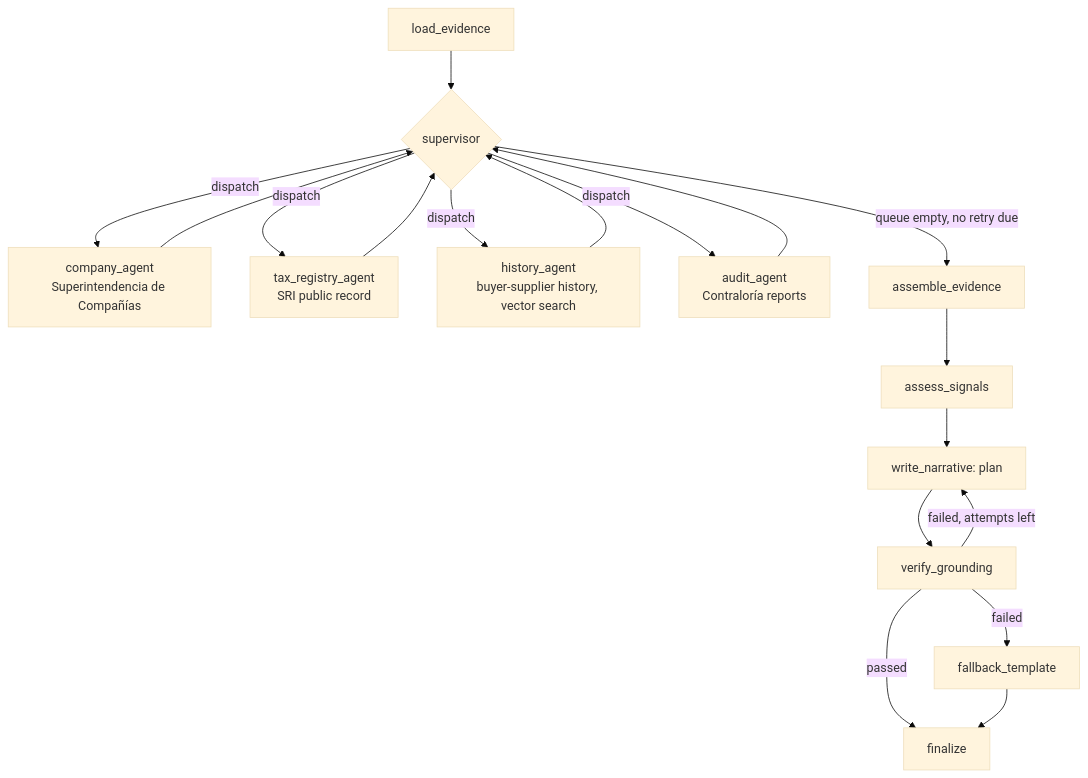
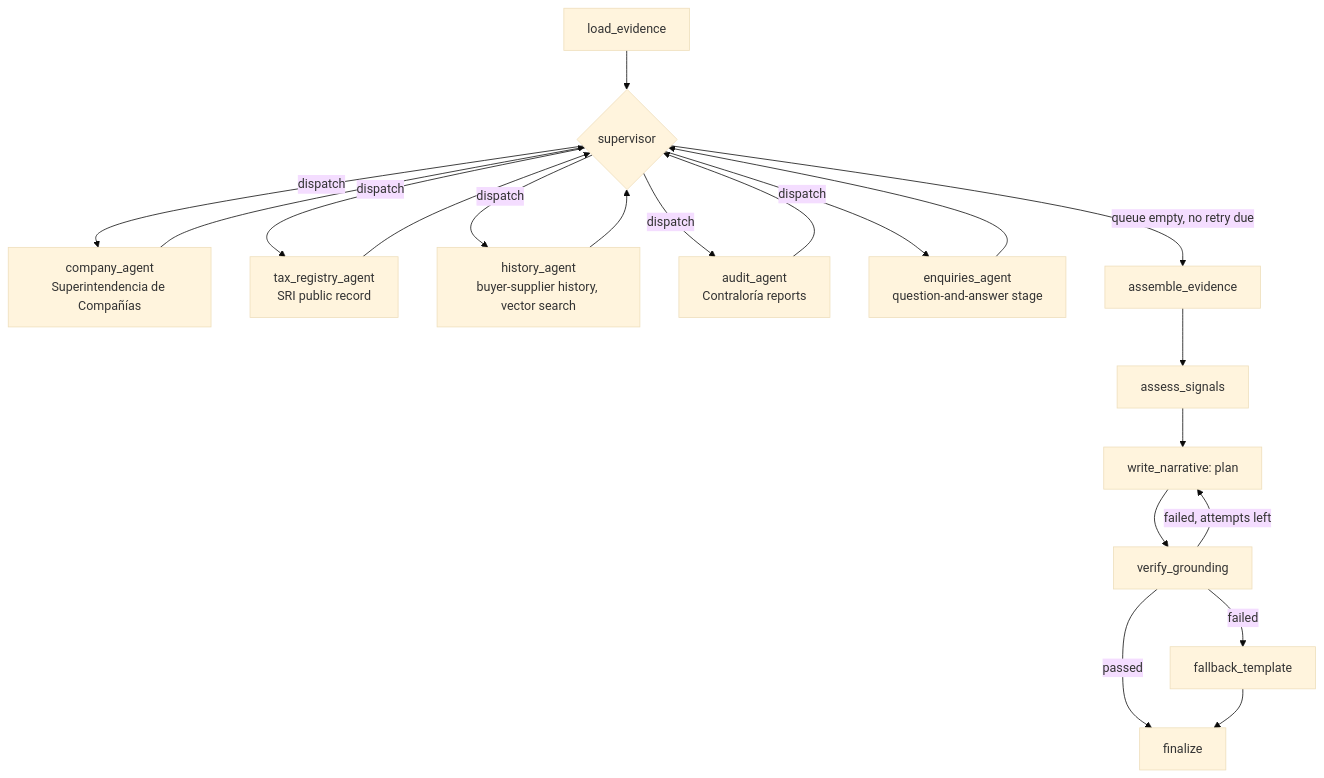
The first of 2 diagrams in docs/AGENTS.md (DweskZ/veedor), drawn with Mermaid (base theme) before and after one commit. The commit also changed other lines of this file and 88 other files, not shown here.

Commit message:
feat(agents): add grounded question answering, its evaluator and an enquiries specialist

````diff
--- a/docs/AGENTS.md
+++ b/docs/AGENTS.md
@@ -18,20 +18,22 @@
 ```mermaid
 flowchart TD
     A[load_evidence] --> S{supervisor}
     S -->|dispatch| C[company_agent<br/>Superintendencia de Compañías]
     S -->|dispatch| T[tax_registry_agent<br/>SRI public record]
     S -->|dispatch| H[history_agent<br/>buyer-supplier history, vector search]
     S -->|dispatch| U[audit_agent<br/>Contraloría reports]
+    S -->|dispatch| Q[enquiries_agent<br/>question-and-answer stage]
+    Q --> S
     C --> S
     T --> S
     H --> S
     U --> S
     S -->|queue empty, no retry due| E[assemble_evidence]
     E --> G[assess_signals]
     G --> P[write_narrative: plan]
     P --> V[verify_grounding]
     V -->|passed| F[finalize]
     V -->|failed, attempts left| P
     V -->|failed| K[fallback_template]
     K --> F
 ```
````
